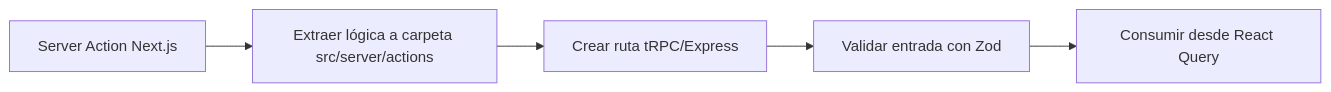
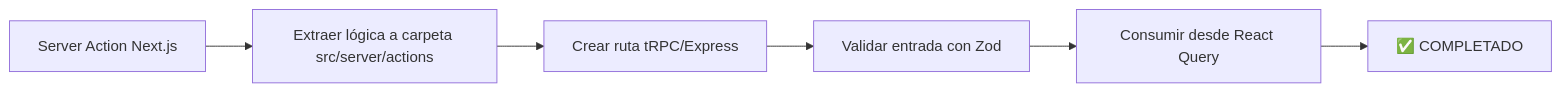
The diagram in docs/migration-vite/02-server-actions-migration.md (gvastethecreator/media-manager), drawn with Mermaid before and after one commit. The commit also changed other lines of this file and 157 other files, not shown here.

````diff
--- a/docs/migration-vite/02-server-actions-migration.md
+++ b/docs/migration-vite/02-server-actions-migration.md
@@ -13,7 +81,8 @@
 ```mermaid
 graph LR
     A[Server Action Next.js] --> B[Extraer lógica a carpeta src/server/actions]
     B --> C[Crear ruta tRPC/Express]
     C --> D[Validar entrada con Zod]
     D --> E[Consumir desde React Query]
+    E --> F[✅ COMPLETADO]
 ```
````
